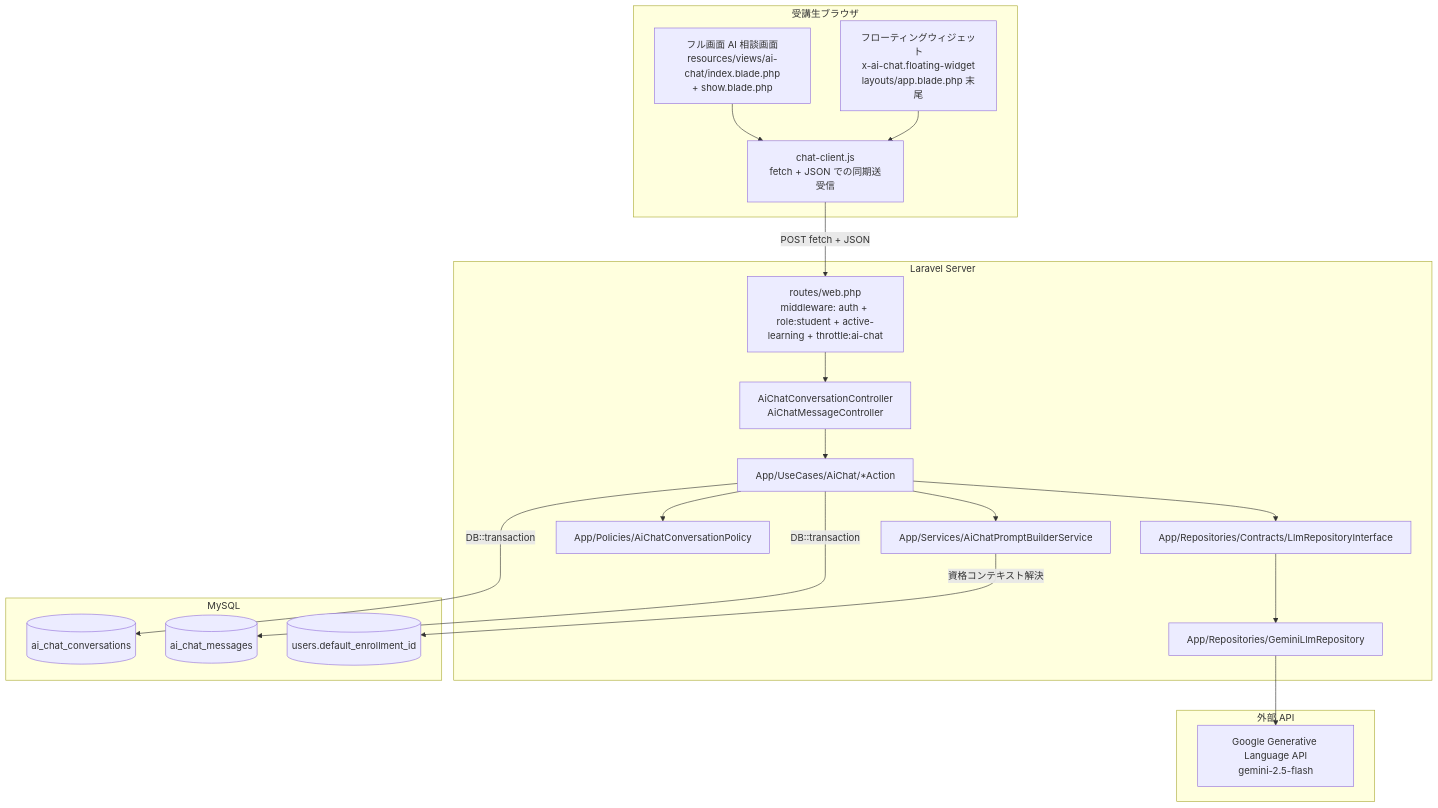
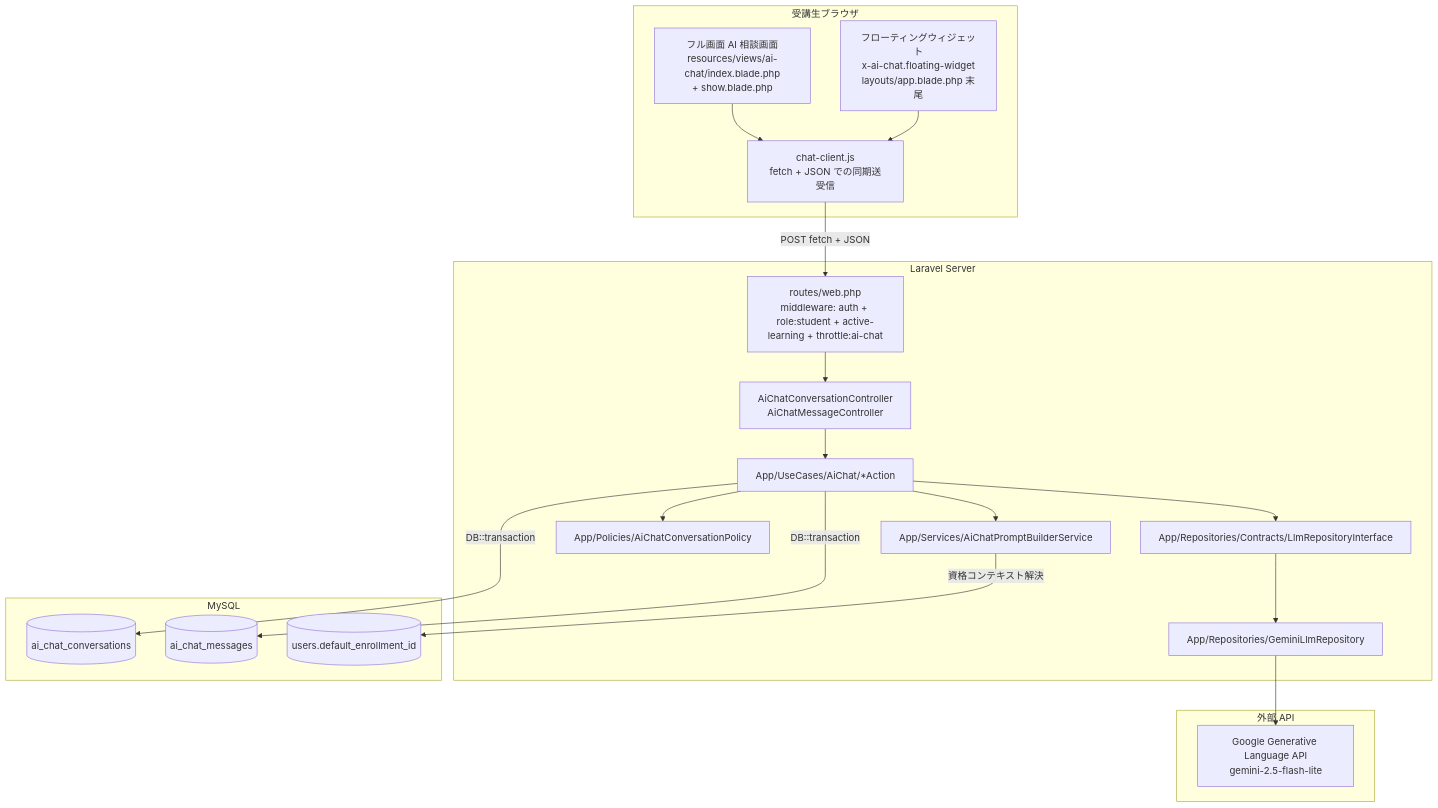
The first of 4 diagrams in docs/specs/ai-chat/design.md (coachtech-mockcase-second/ExampleAnswer-mockcase-CertifyLMS), drawn with Mermaid before and after one commit. The commit also changed other lines of this file and 236 other files, not shown here.

````diff
--- a/docs/specs/ai-chat/design.md
+++ b/docs/specs/ai-chat/design.md
@@ -11,42 +11,42 @@
 ```mermaid
 graph TB
     subgraph Client[受講生ブラウザ]
         FullScreen["フル画面 AI 相談画面<br/>resources/views/ai-chat/index.blade.php<br/>+ show.blade.php"]
         Widget["フローティングウィジェット<br/>x-ai-chat.floating-widget<br/>layouts/app.blade.php 末尾"]
         ChatClient["chat-client.js<br/>fetch + JSON での同期送受信"]
     end
 
     subgraph Server[Laravel Server]
         Route["routes/web.php<br/>middleware: auth + role:student + active-learning + throttle:ai-chat"]
         Controller["AiChatConversationController<br/>AiChatMessageController"]
         Action["App/UseCases/AiChat/*Action"]
         Service["App/Services/AiChatPromptBuilderService"]
         Policy["App/Policies/AiChatConversationPolicy"]
         Repo["App/Repositories/Contracts/LlmRepositoryInterface"]
         Gemini["App/Repositories/GeminiLlmRepository"]
     end
 
     subgraph DB[MySQL]
         Conv[(ai_chat_conversations)]
         Msg[(ai_chat_messages)]
         Users[(users.default_enrollment_id)]
     end
 
     subgraph External[外部 API]
-        GeminiAPI["Google Generative Language API<br/>gemini-2.5-flash"]
+        GeminiAPI["Google Generative Language API<br/>gemini-2.5-flash-lite"]
     end
 
     FullScreen --> ChatClient
     Widget --> ChatClient
     ChatClient -->|POST fetch + JSON| Route
     Route --> Controller
     Controller --> Action
     Action --> Service
     Service -->|資格コンテキスト解決| Users
     Action --> Repo
     Action --> Policy
     Repo --> Gemini
     Gemini --> GeminiAPI
     Action -->|DB::transaction| Conv
     Action -->|DB::transaction| Msg
 ```
````
